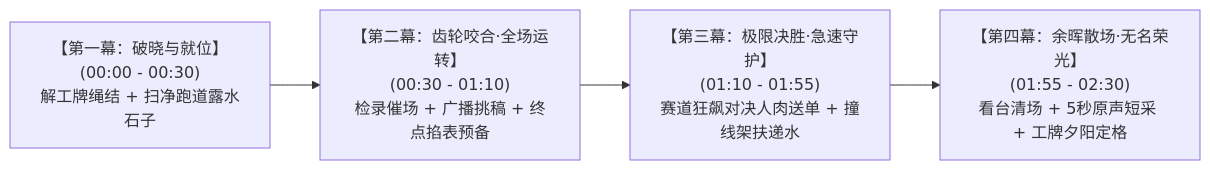
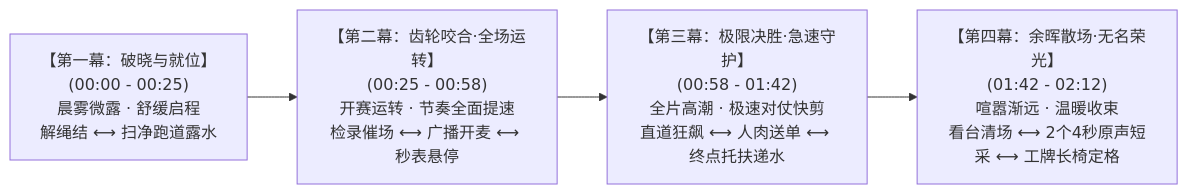
The diagram in 视频02_学生会幕后宣传片/学生会幕后宣传片_分镜与策划草案.md (RS114514/2026SportsMeet), drawn with Mermaid before and after one commit. The commit also changed other lines of this file and 12 other files, not shown here.

````diff
--- a/视频02_学生会幕后宣传片/学生会幕后宣传片_分镜与策划草案.md
+++ b/视频02_学生会幕后宣传片/学生会幕后宣传片_分镜与策划草案.md
@@ -40,6 +18,6 @@
 ```mermaid
 flowchart LR
-    A["【第一幕：破晓与就位】<br>(00:00 - 00:30)<br>解工牌绳结 + 扫净跑道露水石子"] --> B["【第二幕：齿轮咬合·全场运转】<br>(00:30 - 01:10)<br>检录催场 + 广播挑稿 + 终点掐表预备"]
-    B --> C["【第三幕：极限决胜·急速守护】<br>(01:10 - 01:55)<br>赛道狂飙对决人肉送单 + 撞线架扶递水"]
-    C --> D["【第四幕：余晖散场·无名荣光】<br>(01:55 - 02:30)<br>看台清场 + 5秒原声短采 + 工牌夕阳定格"]
+    A["【第一幕：破晓与就位】<br>(00:00 - 00:25)<br>晨雾微露 · 舒缓启程<br>解绳结 ⟷ 扫净跑道露水"] --> B["【第二幕：齿轮咬合·全场运转】<br>(00:25 - 00:58)<br>开赛运转 · 节奏全面提速<br>检录催场 ⟷ 广播开麦 ⟷ 秒表悬停"]
+    B --> C["【第三幕：极限决胜·急速守护】<br>(00:58 - 01:42)<br>全片高潮 · 极速对仗快剪<br>直道狂飙 ⟷ 人肉送单 ⟷ 终点托扶递水"]
+    C --> D["【第四幕：余晖散场·无名荣光】<br>(01:42 - 02:12)<br>喧嚣渐远 · 温暖收束<br>看台清场 ⟷ 2个4秒原声短采 ⟷ 工牌长椅定格"]
 ```
````
